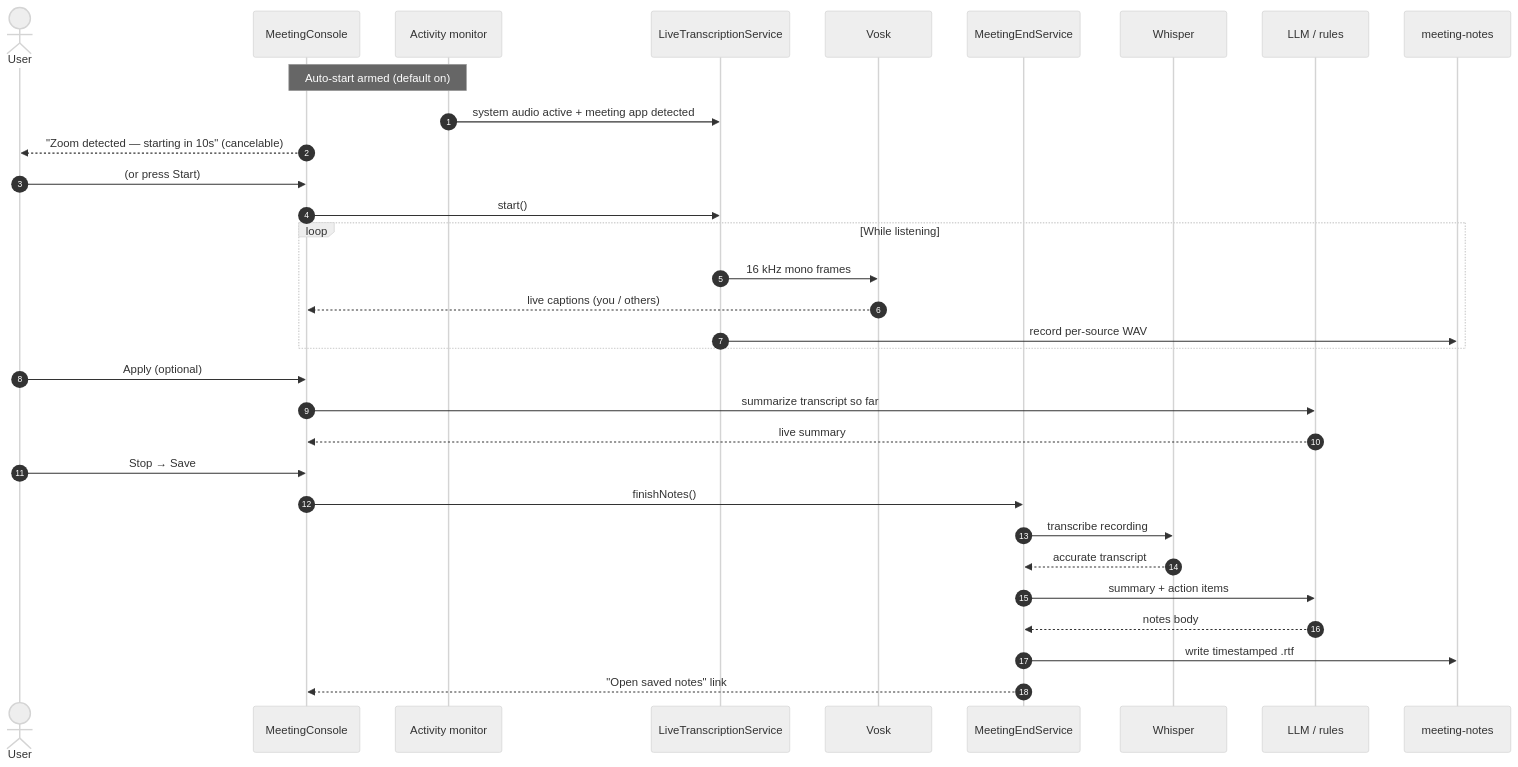
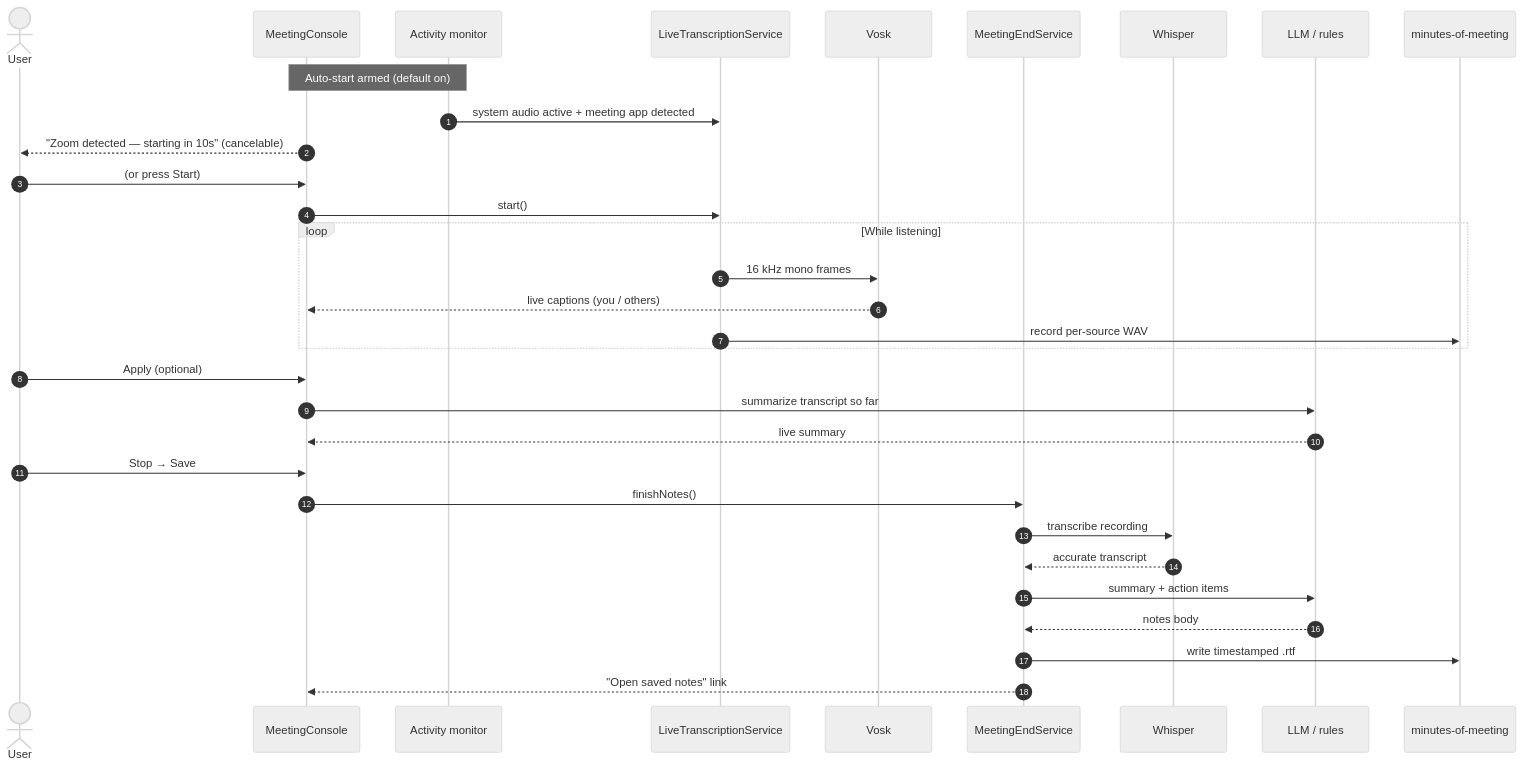
The fourth of 5 diagrams in docs/ARCHITECTURE.md (marutisridharjob/ai-assist), drawn with Mermaid (neutral theme) before and after one commit. The commit also changed other lines of this file and 12 other files, not shown here.

````diff
--- a/docs/ARCHITECTURE.md
+++ b/docs/ARCHITECTURE.md
@@ -156,35 +156,35 @@
 ```mermaid
 sequenceDiagram
     autonumber
     actor User
     participant UI as MeetingConsole
     participant Mon as Activity monitor
     participant LTS as LiveTranscriptionService
     participant Vosk as Vosk
     participant MES as MeetingEndService
     participant Whisper as Whisper
     participant LLM as LLM / rules
-    participant Disk as meeting-notes
+    participant Disk as minutes-of-meeting
 
     Note over UI,Mon: Auto-start armed (default on)
     Mon->>LTS: system audio active + meeting app detected
     UI-->>User: "Zoom detected — starting in 10s" (cancelable)
     User->>UI: (or press Start)
     UI->>LTS: start()
     loop While listening
         LTS->>Vosk: 16 kHz mono frames
         Vosk-->>UI: live captions (you / others)
         LTS->>Disk: record per-source WAV
     end
     User->>UI: Apply (optional)
     UI->>LLM: summarize transcript so far
     LLM-->>UI: live summary
     User->>UI: Stop → Save
     UI->>MES: finishNotes()
     MES->>Whisper: transcribe recording
     Whisper-->>MES: accurate transcript
     MES->>LLM: summary + action items
     LLM-->>MES: notes body
     MES->>Disk: write timestamped .rtf
     MES-->>UI: "Open saved notes" link
 ```
````
